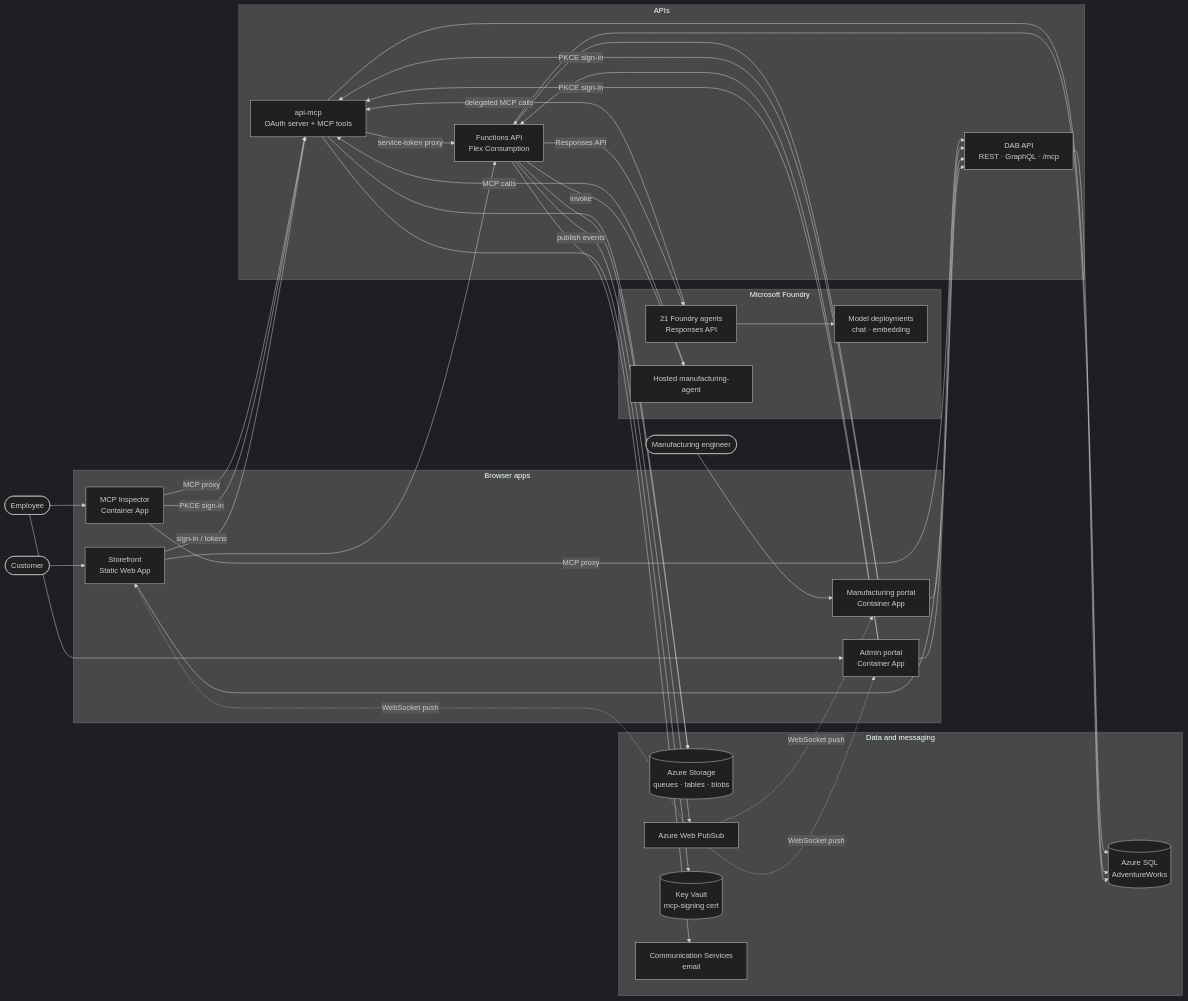
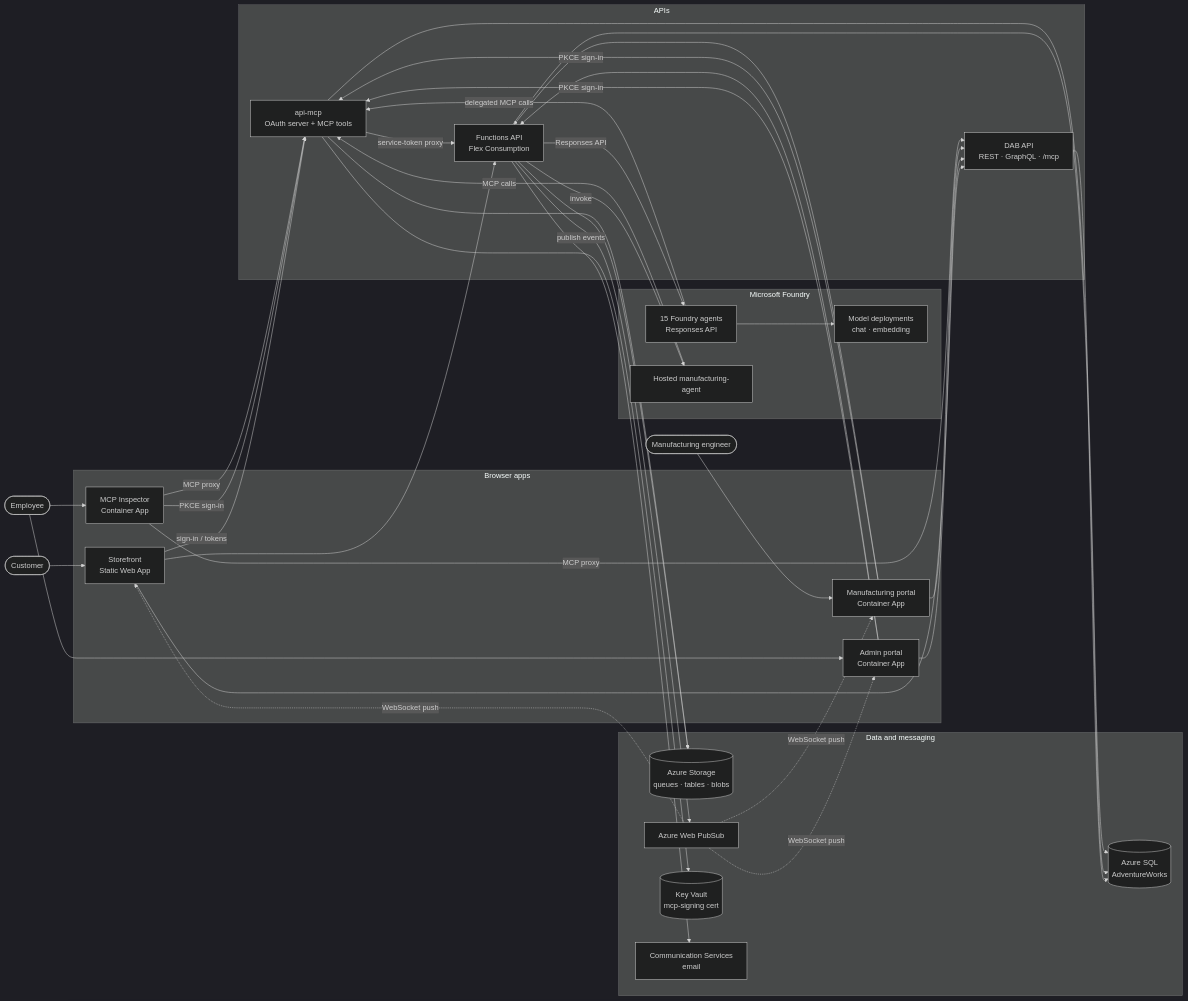
Before and after one commit to ahems/AdventureWorks: the first of 3 diagrams in docs/architecture/system-overview.md, drawn with Mermaid (dark theme). The commit also changed other lines of this file and 453 other files, not shown here.

````diff
--- a/docs/architecture/system-overview.md
+++ b/docs/architecture/system-overview.md
@@ -38,70 +38,70 @@
 ```mermaid
 flowchart LR
   customer(["Customer"])
   employee(["Employee"])
   engineer(["Manufacturing engineer"])
 
   subgraph web["Browser apps"]
     app["Storefront<br/>Static Web App"]
     admin["Admin portal<br/>Container App"]
     mfg["Manufacturing portal<br/>Container App"]
     insp["MCP Inspector<br/>Container App"]
   end
 
   subgraph apis["APIs"]
     dab["DAB API<br/>REST · GraphQL · /mcp"]
     func["Functions API<br/>Flex Consumption"]
     mcp["api-mcp<br/>OAuth server + MCP tools"]
   end
 
   subgraph ai["Microsoft Foundry"]
-    agents["21 Foundry agents<br/>Responses API"]
+    agents["15 Foundry agents<br/>Responses API"]
     hosted["Hosted manufacturing-agent"]
     models["Model deployments<br/>chat · embedding"]
   end
 
   subgraph data["Data and messaging"]
     sql[("Azure SQL<br/>AdventureWorks")]
     storage[("Azure Storage<br/>queues · tables · blobs")]
     wps["Azure Web PubSub"]
     kv[("Key Vault<br/>mcp-signing cert")]
     acs["Communication Services<br/>email"]
   end
 
   customer --> app
   employee --> admin
   employee --> insp
   engineer --> mfg
 
   app -->|"sign-in / tokens"| mcp
   admin -->|"PKCE sign-in"| mcp
   mfg -->|"PKCE sign-in"| mcp
   insp -->|"PKCE sign-in"| mcp
 
   app --> dab
   admin --> dab
   mfg --> dab
   app --> func
   admin --> func
   mfg --> func
   insp -->|"MCP proxy"| mcp
   insp -->|"MCP proxy"| dab
 
   dab --> sql
   func --> sql
   func --> storage
   func -->|"publish events"| wps
   wps -.->|"WebSocket push"| app
   wps -.->|"WebSocket push"| admin
   wps -.->|"WebSocket push"| mfg
   func -->|"Responses API"| agents
   func -->|"invoke"| hosted
   agents --> models
   agents -->|"delegated MCP calls"| mcp
   hosted -->|"MCP calls"| mcp
   mcp -->|"service-token proxy"| func
   mcp --> sql
   mcp --> storage
   mcp --> kv
   func --> acs
 ```
````
